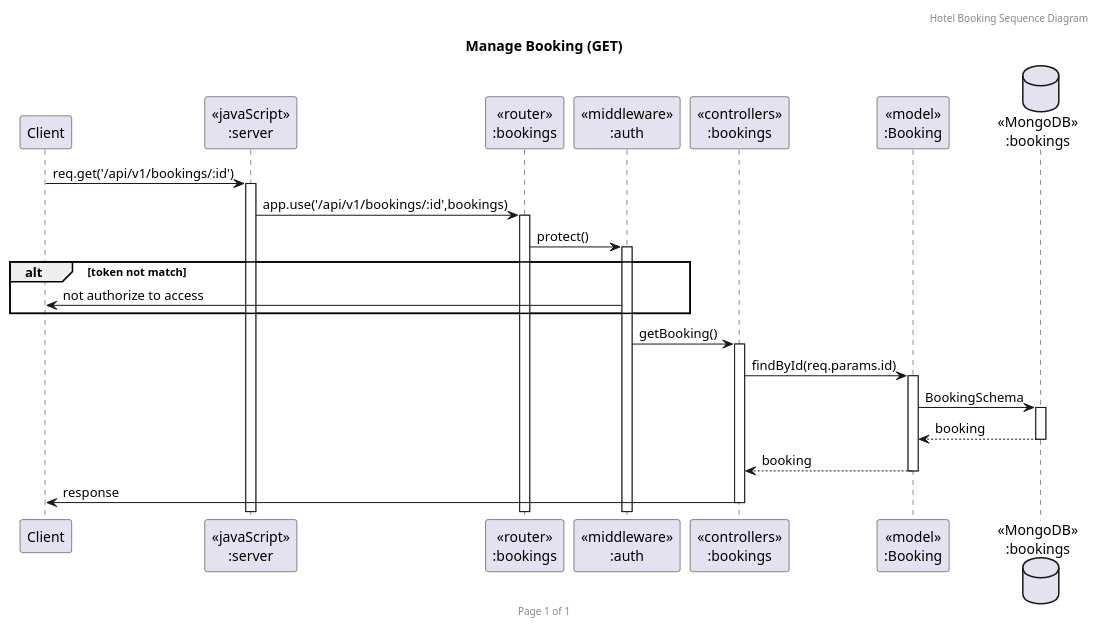
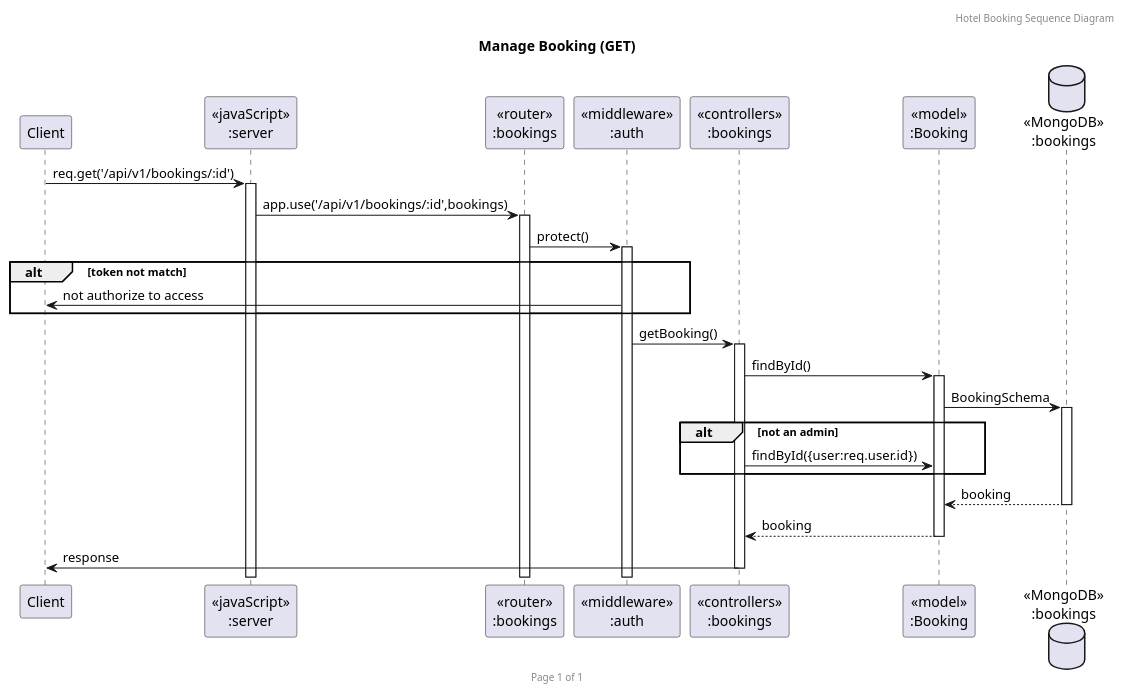
The diagram in Hotel_pumls/getBooking.puml (2110503TACEDT66/presentation-day-1-drift), drawn with PlantUML before and after one commit. The commit also changed 3 other files, not shown here.

Commit message:
adjust getBooking & deleteBooking uml

```diff
--- a/Hotel_pumls/getBooking.puml
+++ b/Hotel_pumls/getBooking.puml
@@ -1,37 +1,39 @@
 @startuml Manage Booking (GET)
 
 header Hotel Booking Sequence Diagram
 footer Page %page% of %lastpage%
 title "Manage Booking (GET)"
 
 participant "Client" as client
 participant "<<javaScript>>\n:server" as server
 participant "<<router>>\n:bookings" as routerBookings
 participant "<<middleware>>\n:auth" as middleware
 participant "<<controllers>>\n:bookings" as controllersBookings
 participant "<<model>>\n:Booking" as modelBooking
 database "<<MongoDB>>\n:bookings" as BookingsDatabase
 
 client->server ++:req.get('/api/v1/bookings/:id')
 server->routerBookings ++:app.use('/api/v1/bookings/:id',bookings)
 
 
 routerBookings -> middleware ++: protect()
 
 alt token not match
     client <- middleware : not authorize to access
 end
 
 middleware -> controllersBookings ++:getBooking()
 
-controllersBookings->modelBooking ++:findById(req.params.id)
+controllersBookings->modelBooking ++:findById()
 modelBooking ->BookingsDatabase ++: BookingSchema
 
 
-
+alt not an admin
+    controllersBookings -> modelBooking : findById({user:req.user.id}) 
+end
 
 BookingsDatabase --> modelBooking --: booking
 controllersBookings <-- modelBooking --:booking
 controllersBookings->client --:response
 
 @enduml
```
